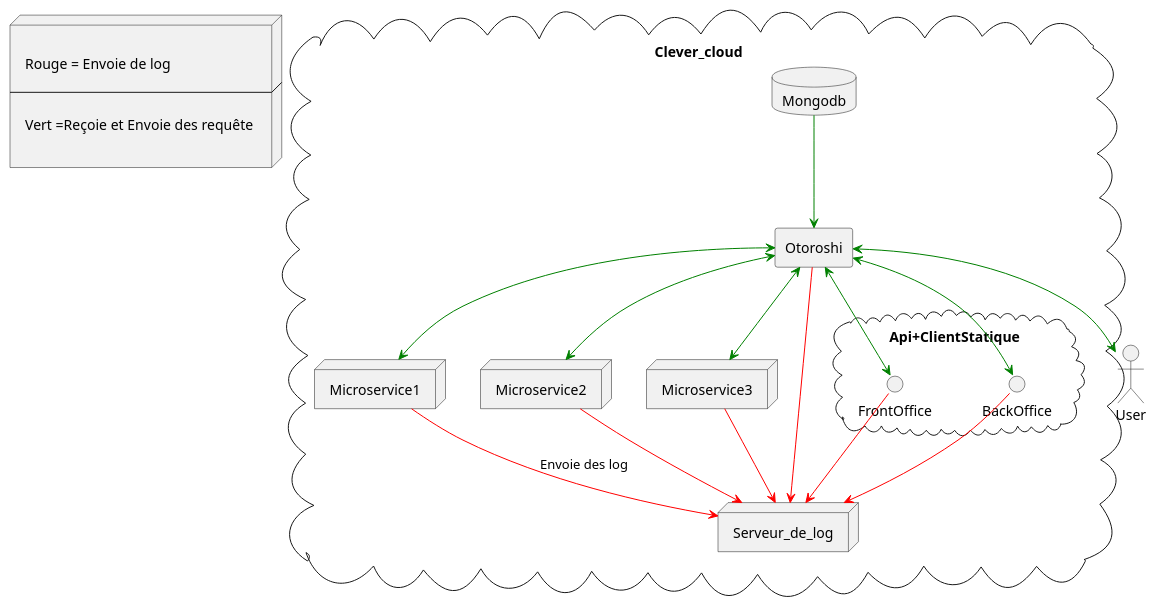
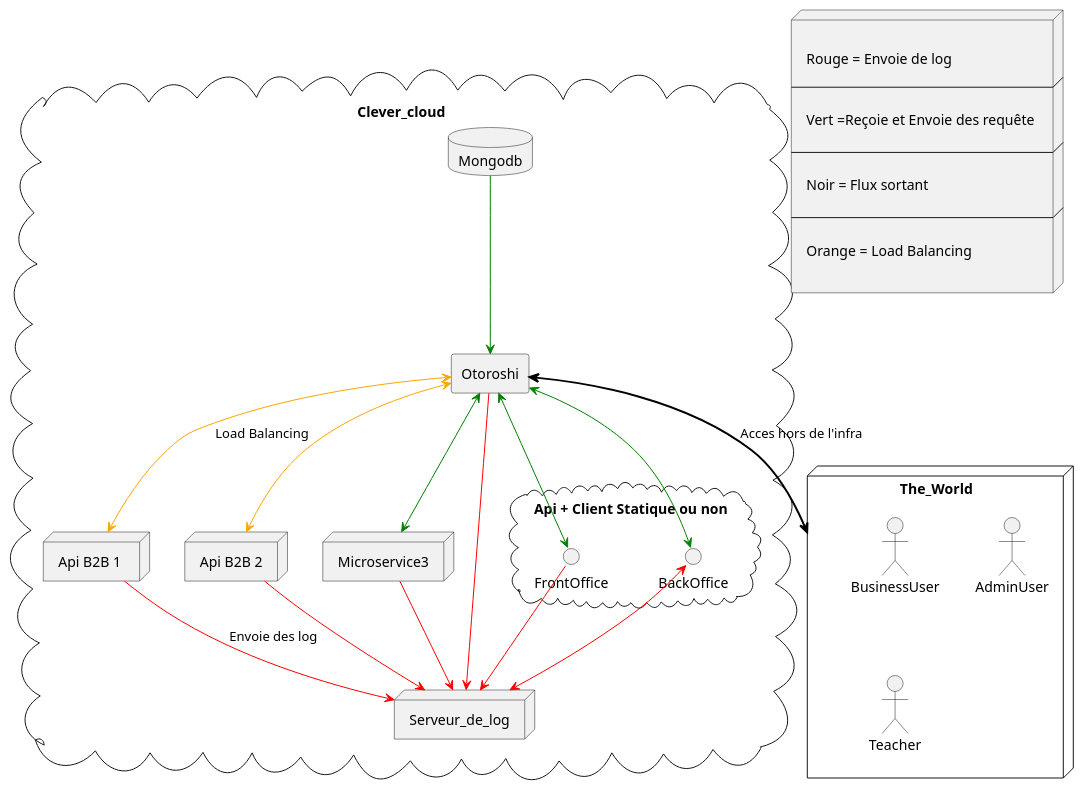
One commit to NathanGautier/Nathan-Analyse changed the diagram in diagram.wsd. Above: the diagram before and after it, drawn with PlantUML.

Commit message:
Ajout Load Balancing,Multi User , log vers BO

```diff
--- a/diagram.wsd
+++ b/diagram.wsd
@@ -1,48 +1,60 @@
 @startuml infra
 node node [
 
 Rouge = Envoie de log
 
 ----
 
 Vert =Reçoie et Envoie des requête 
 
+----
+
+Noir = Flux sortant
+
+----
+
+Orange = Load Balancing
+
 ]
 cloud Clever_cloud{
     rectangle Otoroshi as oto
     database Mongodb as mongo
-    node Microservice1 as ms1
-    node Microservice2 as ms2
+    node "Api B2B 1 " as ms1
+    node "Api B2B 2" as ms2
     node Microservice3 as ms3
     node Serveur_de_log as log
-    cloud Api+ClientStatique{
+    cloud "Api + Client Statique ou non"{
         interface  FrontOffice as fo
         interface  BackOffice as bo
     }
 }
+node The_World as us{
+    Actor BusinessUser as bu
+    Actor AdminUser as au
+    Actor Teacher as te
+}
 
-Actor User as us
 
 ms1 -[#red]-> log : Envoie des log
 ms2 -[#red]-> log
 ms3 --[#red]> log
 oto-[#red]-> log 
-bo -[#red]-> log 
+bo <-[#red]-> log 
 fo -[#red]-> log 
 
 mongo -[#green]-> oto
 
-oto <-[#green]-> ms1
+oto <-[#Orange]-> ms1 : Load Balancing
 
-oto <-[#green]-> ms2 
+oto <-[#Orange]-> ms2 
 
 oto <-[#green]-> ms3
 
-oto <-[#green]-> us
+oto <=[#black]=> us : Acces hors de l'infra
 
 oto <-[#green]-> fo
 
 oto <-[#green]-> bo
 
 
 @enduml
```
